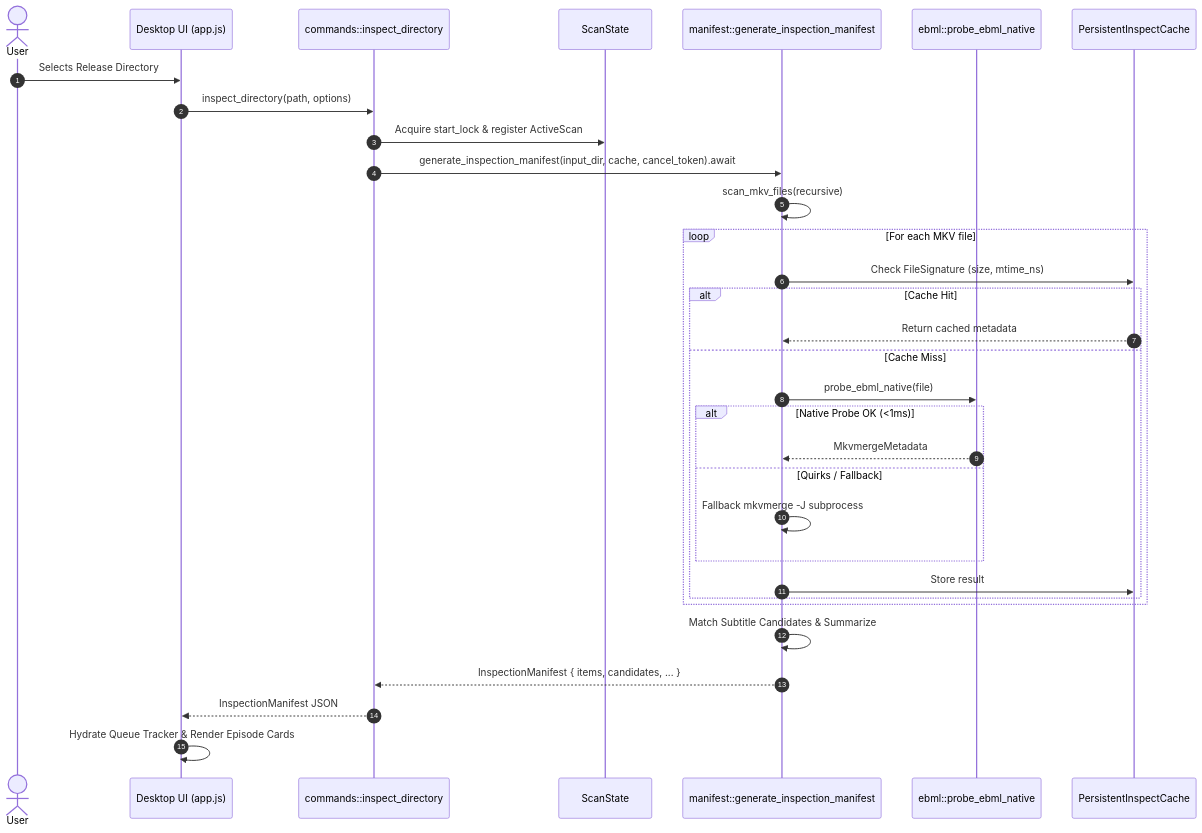
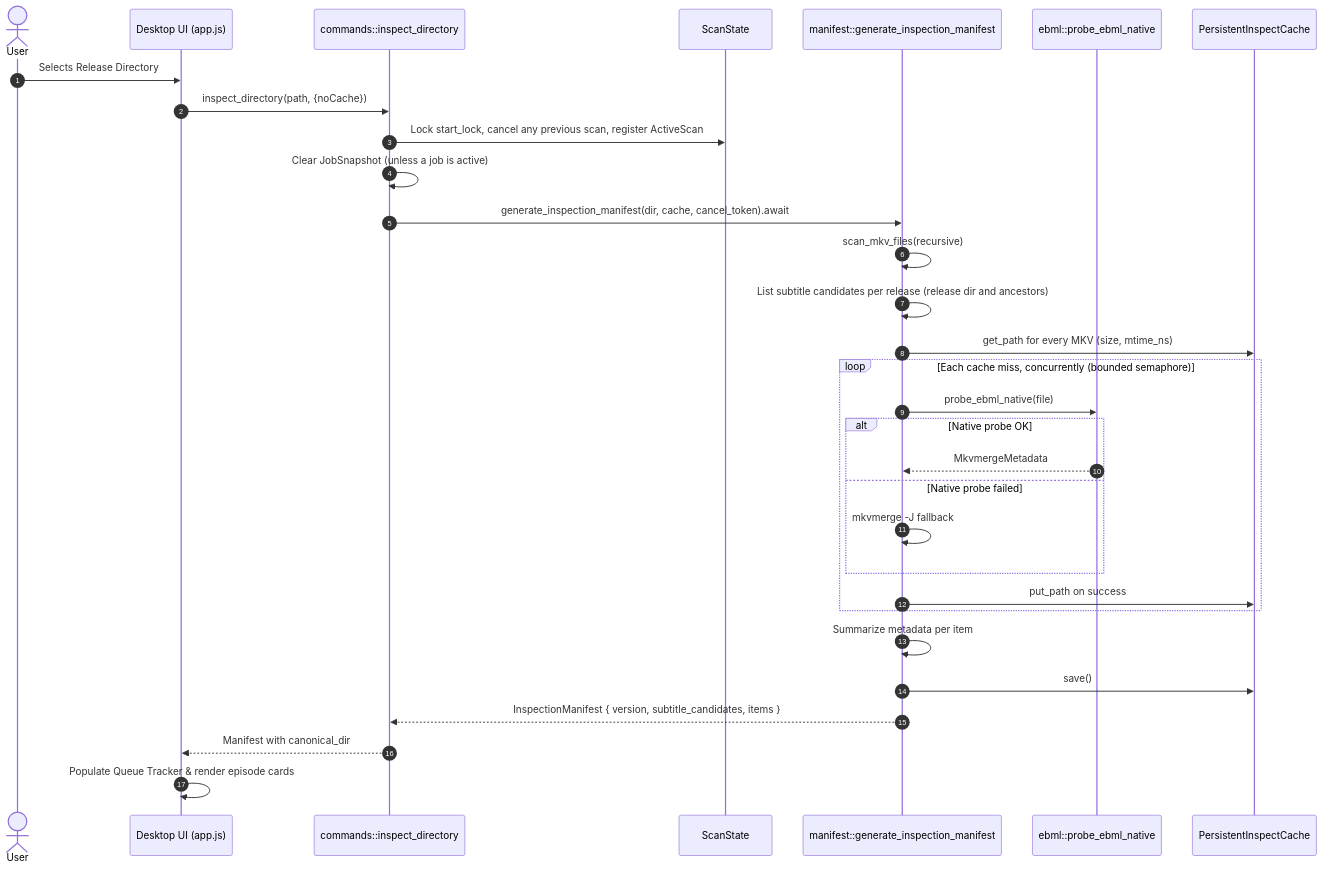
One commit to Si-Forces/mkvanimebatch changed the seventh of 8 diagrams in architecture.md. Above: the diagram before and after it, drawn with Mermaid. The commit also changed other lines of this file and 78 other files, not shown here.

````diff
--- a/architecture.md
+++ b/architecture.md
@@ -517,35 +516,34 @@
 ```mermaid
 sequenceDiagram
     autonumber
     actor User
     participant UI as Desktop UI (app.js)
     participant Cmd as commands::inspect_directory
-    participant Proc as ScanState
+    participant Scan as ScanState
     participant Core as manifest::generate_inspection_manifest
     participant EBML as ebml::probe_ebml_native
     participant Cache as PersistentInspectCache
 
     User->>UI: Selects Release Directory
-    UI->>Cmd: inspect_directory(path, options)
-    Cmd->>Proc: Acquire start_lock & register ActiveScan
-    Cmd->>Core: generate_inspection_manifest(input_dir, cache, cancel_token).await
+    UI->>Cmd: inspect_directory(path, {noCache})
+    Cmd->>Scan: Lock start_lock, cancel any previous scan, register ActiveScan
+    Cmd->>Cmd: Clear JobSnapshot (unless a job is active)
+    Cmd->>Core: generate_inspection_manifest(dir, cache, cancel_token).await
     Core->>Core: scan_mkv_files(recursive)
-    loop For each MKV file
-        Core->>Cache: Check FileSignature (size, mtime_ns)
-        alt Cache Hit
-            Cache-->>Core: Return cached metadata
-        else Cache Miss
-            Core->>EBML: probe_ebml_native(file)
-            alt Native Probe OK (<1ms)
-                EBML-->>Core: MkvmergeMetadata
-            else Quirks / Fallback
-                Core->>Core: Fallback mkvmerge -J subprocess
-            end
-            Core->>Cache: Store result
+    Core->>Core: List subtitle candidates per release (release dir and ancestors)
+    Core->>Cache: get_path for every MKV (size, mtime_ns)
+    loop Each cache miss, concurrently (bounded semaphore)
+        Core->>EBML: probe_ebml_native(file)
+        alt Native probe OK
+            EBML-->>Core: MkvmergeMetadata
+        else Native probe failed
+            Core->>Core: mkvmerge -J fallback
         end
+        Core->>Cache: put_path on success
     end
-    Core->>Core: Match Subtitle Candidates & Summarize
-    Core-->>Cmd: InspectionManifest { items, candidates, ... }
-    Cmd-->>UI: InspectionManifest JSON
-    UI->>UI: Hydrate Queue Tracker & Render Episode Cards
+    Core->>Core: Summarize metadata per item
+    Core->>Cache: save()
+    Core-->>Cmd: InspectionManifest { version, subtitle_candidates, items }
+    Cmd-->>UI: Manifest with canonical_dir
+    UI->>UI: Populate Queue Tracker & render episode cards
 ```
````
